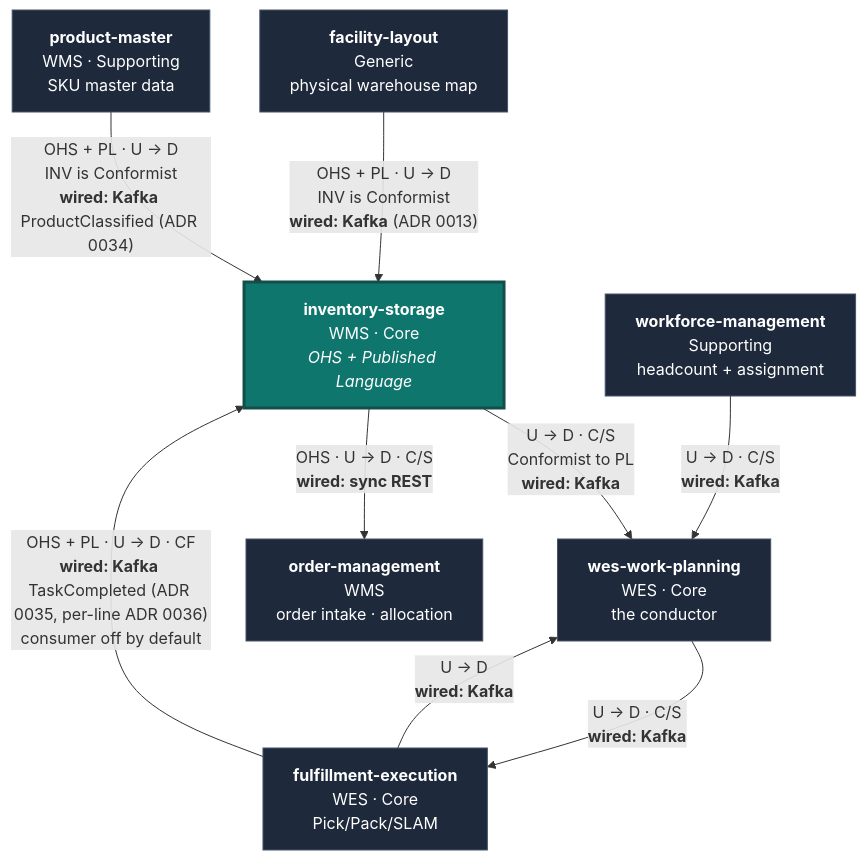
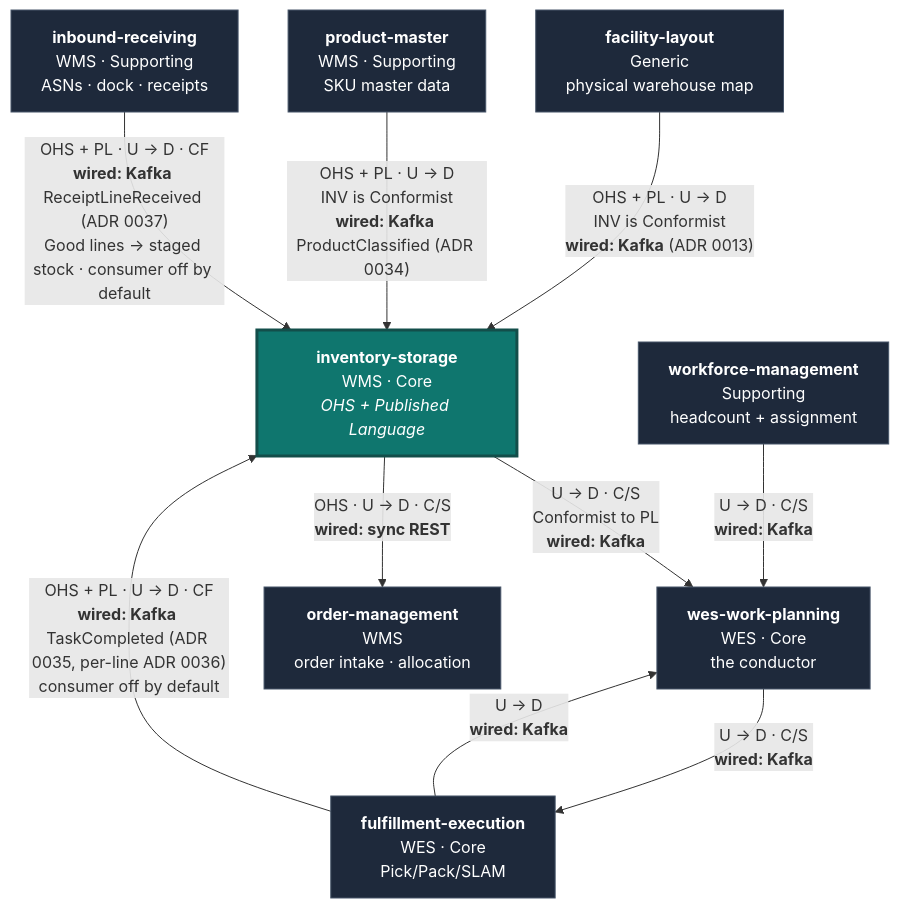
Before and after one commit to IQVO/inventory-storage: the diagram in docs/docs/ddd/context-relationships.md, drawn with Mermaid. The commit also changed 28 other files, not shown here.

First line of the commit message:
feat: book Good receipt lines from inbound-receiving as staged stock (ADR 0037) (#167)

````diff
--- a/docs/docs/ddd/context-relationships.md
+++ b/docs/docs/ddd/context-relationships.md
@@ -52,25 +52,27 @@
 ```mermaid
 flowchart TB
     INV["<b>inventory-storage</b><br/>WMS · Core<br/><i>OHS + Published Language</i>"]
     WP["<b>wes-work-planning</b><br/>WES · Core<br/>the conductor"]
     FE["<b>fulfillment-execution</b><br/>WES · Core<br/>Pick/Pack/SLAM"]
     WM["<b>workforce-management</b><br/>Supporting<br/>headcount + assignment"]
     FL["<b>facility-layout</b><br/>Generic<br/>physical warehouse map"]
     OM["<b>order-management</b><br/>WMS<br/>order intake · allocation"]
     PM["<b>product-master</b><br/>WMS · Supporting<br/>SKU master data"]
+    IR["<b>inbound-receiving</b><br/>WMS · Supporting<br/>ASNs · dock · receipts"]
 
     INV -->|"U → D · C/S<br/>Conformist to PL<br/><b>wired: Kafka</b>"| WP
     WM -->|"U → D · C/S<br/><b>wired: Kafka</b>"| WP
     WP -->|"U → D · C/S<br/><b>wired: Kafka</b>"| FE
     FE -->|"U → D<br/><b>wired: Kafka</b>"| WP
     FL -->|"OHS + PL · U → D<br/>INV is Conformist<br/><b>wired: Kafka</b> (ADR 0013)"| INV
     PM -->|"OHS + PL · U → D<br/>INV is Conformist<br/><b>wired: Kafka</b> ProductClassified (ADR 0034)"| INV
     INV -->|"OHS · U → D · C/S<br/><b>wired: sync REST</b>"| OM
     FE -->|"OHS + PL · U → D · CF<br/><b>wired: Kafka</b> TaskCompleted (ADR 0035, per-line ADR 0036)<br/>consumer off by default"| INV
+    IR -->|"OHS + PL · U → D · CF<br/><b>wired: Kafka</b> ReceiptLineReceived (ADR 0037)<br/>Good lines → staged stock · consumer off by default"| INV
 
     classDef this fill:#0f766e,stroke:#134e4a,color:#fff,stroke-width:3px;
     classDef other fill:#1e293b,stroke:#475569,color:#fff;
     classDef future fill:#475569,stroke:#94a3b8,color:#e2e8f0,stroke-dasharray: 5 5;
     class INV this;
-    class WP,FE,WM,OM,FL,PM other;
+    class WP,FE,WM,OM,FL,PM,IR other;
 ```
````
